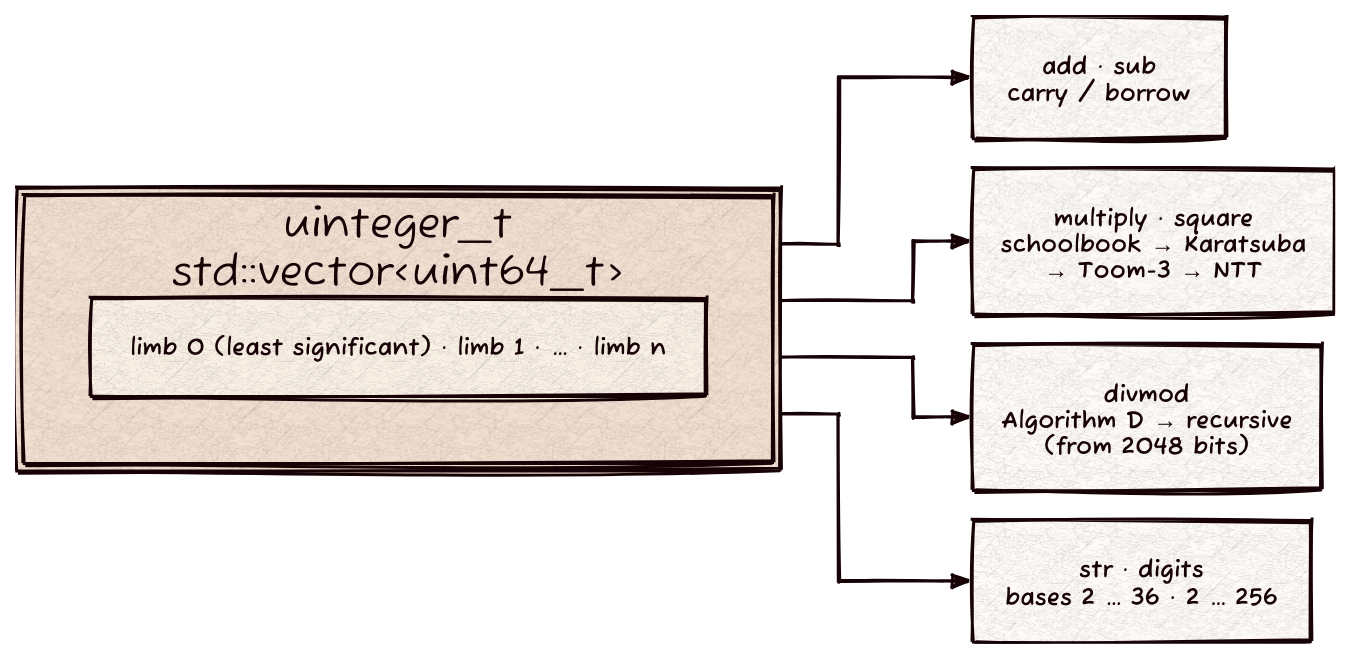
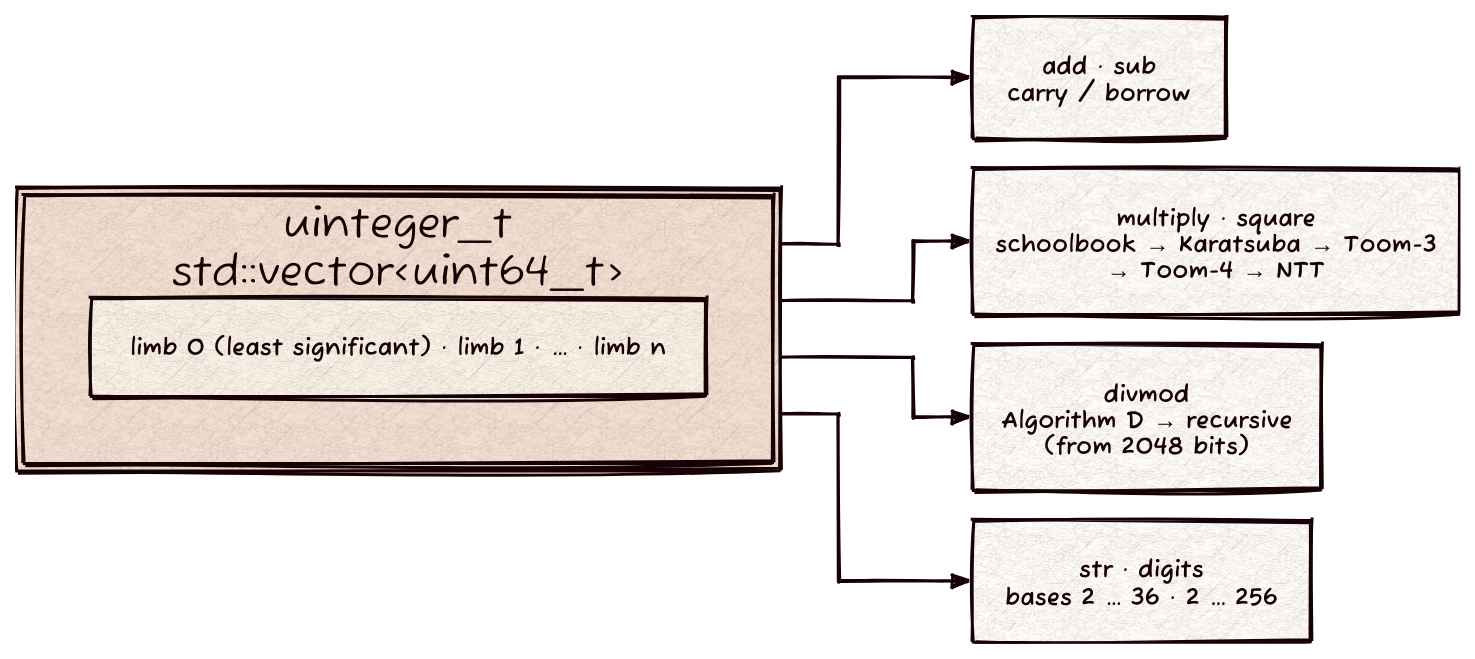
One commit to Kronuz/uinteger_t changed the diagram in docs/uinteger_t.d2. Above: the diagram before and after it, drawn with D2. The commit also changed 5 other files, not shown here.

First line of the commit message:
Document Toom-4: ARCHITECTURE.md, AGENTS.md, README, API and the diagram (K5)

```diff
--- a/docs/uinteger_t.d2
+++ b/docs/uinteger_t.d2
@@ -1,27 +1,27 @@
 # uinteger_t: little-endian 64-bit limbs, and the algorithm each size gets.
 # Render: ~/.agents/skills/d2-diagrams/scripts/render.sh docs/uinteger_t.d2
 vars: { d2-config: { layout-engine: elk; theme-id: 302; sketch: true; pad: 24 } }
 direction: right
 
 value: uinteger_t {
   limbs: "limb 0 (least significant) · limb 1 · … · limb n"
   label: "uinteger_t\nstd::vector<uint64_t>"
 }
 
 add: "+ −" {
   label: "add · sub\ncarry / borrow"
 }
 mul: "×" {
-  label: "multiply · square\nschoolbook → Karatsuba\n→ Toom-3 → NTT"
+  label: "multiply · square\nschoolbook → Karatsuba → Toom-3\n→ Toom-4 → NTT"
 }
 div: "÷ %" {
   label: "divmod\nAlgorithm D → recursive\n(from 2048 bits)"
 }
 text: strings {
   label: "str · digits\nbases 2 … 36 · 2 … 256"
 }
 
 value -> add
 value -> mul
 value -> div
 value -> text
```
